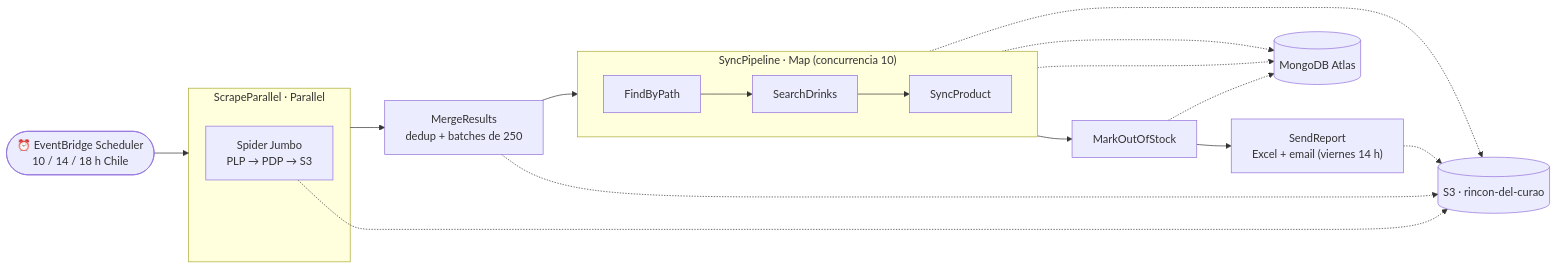
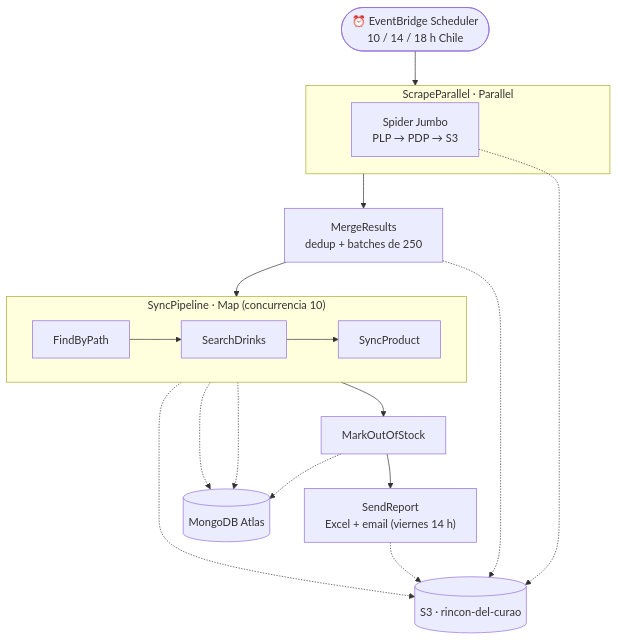
Before and after one commit to Unnunoctio/rdc-scraper: the diagram in README.md, drawn with Mermaid.

Commit message:
docs: 📊 orienta el diagrama Mermaid en vertical (TB)

````diff
--- a/README.md
+++ b/README.md
@@ -25,30 +25,30 @@
 ```mermaid
-flowchart LR
+flowchart TB
     sched(["⏰ EventBridge Scheduler<br/>10 / 14 / 18 h Chile"]) --> SP
 
     subgraph SP["ScrapeParallel · Parallel"]
         jumbo["Spider Jumbo<br/>PLP → PDP → S3"]
     end
 
     SP --> MR["MergeResults<br/>dedup + batches de 250"]
     MR --> MAP
 
     subgraph MAP["SyncPipeline · Map (concurrencia 10)"]
         direction LR
         FBP["FindByPath"] --> SD["SearchDrinks"] --> SPr["SyncProduct"]
     end
 
     MAP --> MOOS["MarkOutOfStock"]
     MOOS --> RPT["SendReport<br/>Excel + email (viernes 14 h)"]
 
     s3[("S3 · rincon-del-curao")]
     mongo[("MongoDB Atlas")]
 
     jumbo -.-> s3
     MR -.-> s3
     FBP -.-> mongo
     SPr -.-> mongo
     SPr -.-> s3
     MOOS -.-> mongo
     RPT -.-> s3
 ```
````
